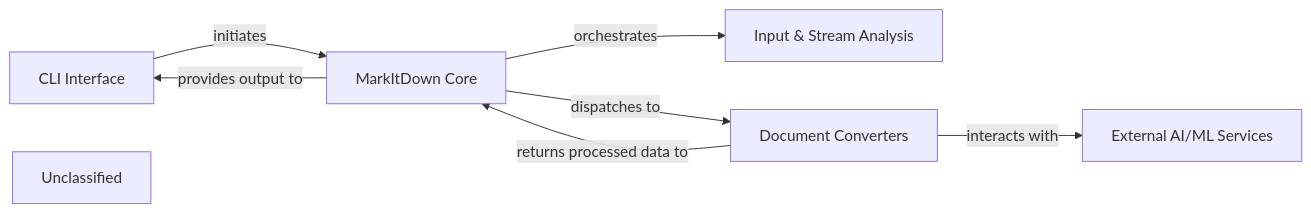
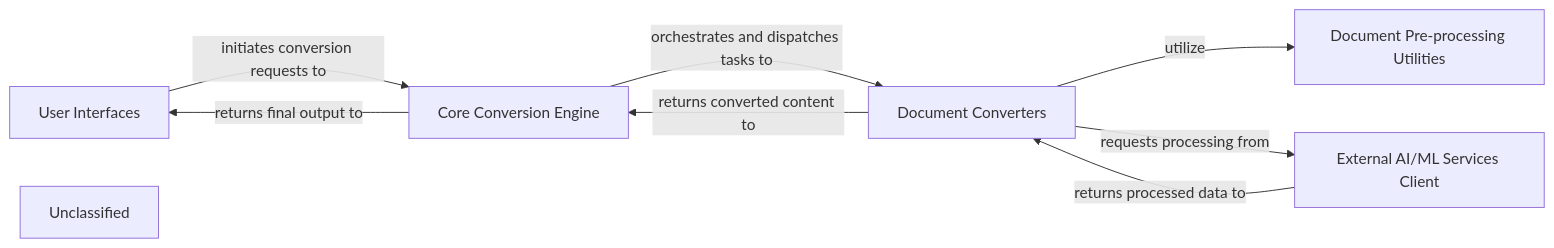
The diagram in markitdown/on_boarding.md (CodeBoarding/GeneratedOnBoardings), drawn with Mermaid before and after one commit. The commit also changed other lines of this file and 5 other files, not shown here.

````diff
--- a/markitdown/on_boarding.md
+++ b/markitdown/on_boarding.md
@@ -1,20 +1,16 @@
 ```mermaid
 graph LR
-    CLI_Interface["CLI Interface"]
-    MarkItDown_Core["MarkItDown Core"]
-    Input_Stream_Analysis["Input & Stream Analysis"]
+    User_Interfaces["User Interfaces"]
+    Core_Conversion_Engine["Core Conversion Engine"]
     Document_Converters["Document Converters"]
-    External_AI_ML_Services["External AI/ML Services"]
+    External_AI_ML_Services_Client["External AI/ML Services Client"]
+    Document_Pre_processing_Utilities["Document Pre-processing Utilities"]
     Unclassified["Unclassified"]
-    CLI_Interface -- "initiates" --> MarkItDown_Core
-    MarkItDown_Core -- "orchestrates" --> Input_Stream_Analysis
-    MarkItDown_Core -- "dispatches to" --> Document_Converters
-    Document_Converters -- "interacts with" --> External_AI_ML_Services
-    Document_Converters -- "returns processed data to" --> MarkItDown_Core
-    MarkItDown_Core -- "provides output to" --> CLI_Interface
-    click CLI_Interface href "https://github.com/CodeBoarding/GeneratedOnBoardings/blob/main/markitdown/CLI_Interface.md" "Details"
-    click MarkItDown_Core href "https://github.com/CodeBoarding/GeneratedOnBoardings/blob/main/markitdown/MarkItDown_Core.md" "Details"
-    click Input_Stream_Analysis href "https://github.com/CodeBoarding/GeneratedOnBoardings/blob/main/markitdown/Input_Stream_Analysis.md" "Details"
-    click Document_Converters href "https://github.com/CodeBoarding/GeneratedOnBoardings/blob/main/markitdown/Document_Converters.md" "Details"
-    click External_AI_ML_Services href "https://github.com/CodeBoarding/GeneratedOnBoardings/blob/main/markitdown/External_AI_ML_Services.md" "Details"
+    User_Interfaces -- "initiates conversion requests to" --> Core_Conversion_Engine
+    Core_Conversion_Engine -- "orchestrates and dispatches tasks to" --> Document_Converters
+    Document_Converters -- "returns converted content to" --> Core_Conversion_Engine
+    Document_Converters -- "utilize" --> Document_Pre_processing_Utilities
+    Document_Converters -- "requests processing from" --> External_AI_ML_Services_Client
+    External_AI_ML_Services_Client -- "returns processed data to" --> Document_Converters
+    Core_Conversion_Engine -- "returns final output to" --> User_Interfaces
 ```
````
